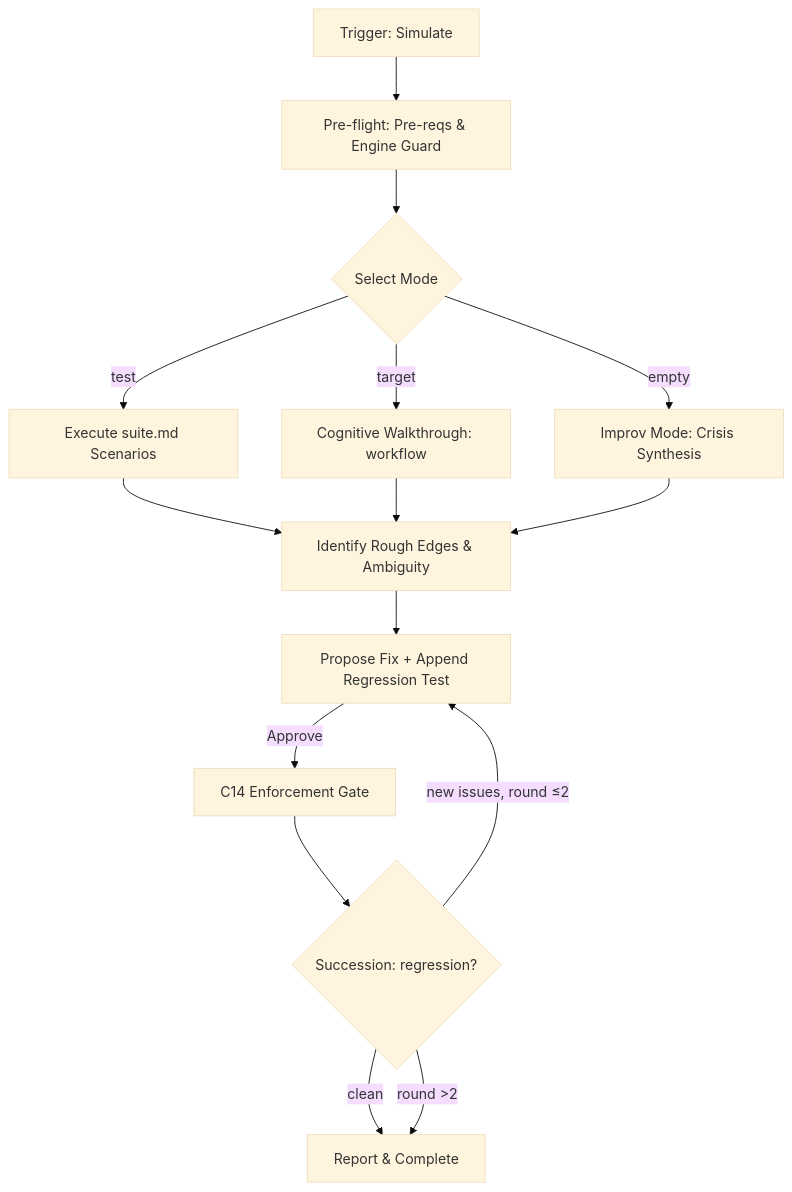
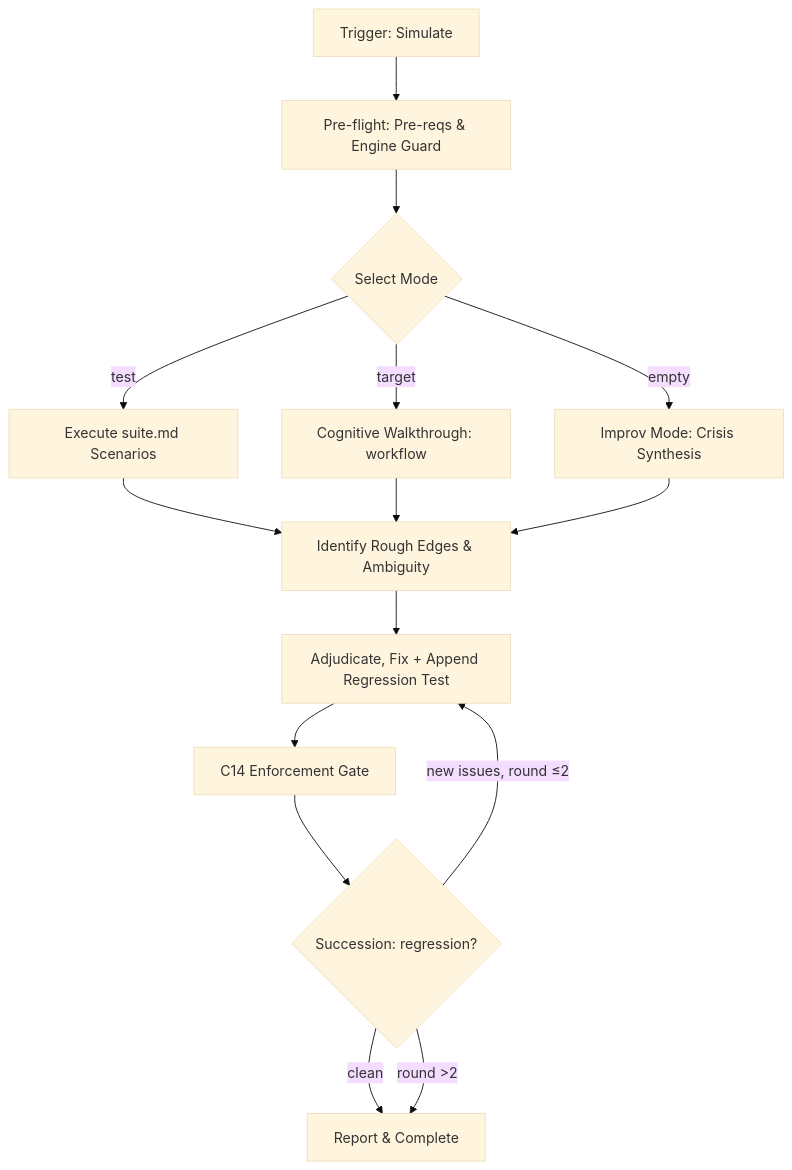
One commit to teratron/magic-spec changed the diagram in .agents/skills/magic-dev-simulate/SKILL.md. Above: the diagram before and after it, drawn with Mermaid (base theme). The commit also changed other lines of this file and 10 other files, not shown here.

````diff
--- a/.agents/skills/magic-dev-simulate/SKILL.md
+++ b/.agents/skills/magic-dev-simulate/SKILL.md
@@ -45,15 +45,15 @@
 ```mermaid
 graph TD
     A[Trigger: Simulate] --> B[Pre-flight: Pre-reqs & Engine Guard]
     B --> C{Select Mode}
     C -->|test| D[Execute suite.md Scenarios]
     C -->|target| E[Cognitive Walkthrough: workflow]
     C -->|empty| F[Improv Mode: Crisis Synthesis]
     D & E & F --> G[Identify Rough Edges & Ambiguity]
-    G --> H[Propose Fix + Append Regression Test]
-    H -->|Approve| I[C14 Enforcement Gate]
+    G --> H[Adjudicate, Fix + Append Regression Test]
+    H --> I[C14 Enforcement Gate]
     I --> J{Succession: regression?}
     J -->|clean| K[Report & Complete]
     J -->|new issues, round ≤2| H
     J -->|round >2| K
 ```
````
